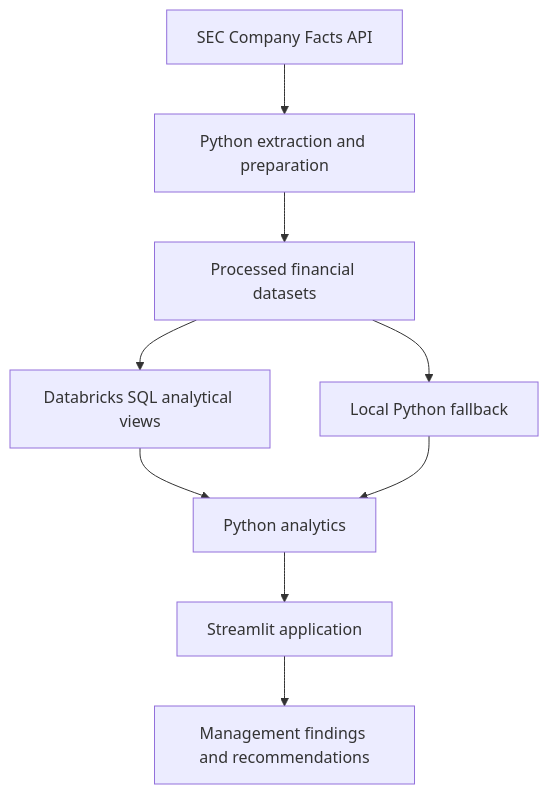
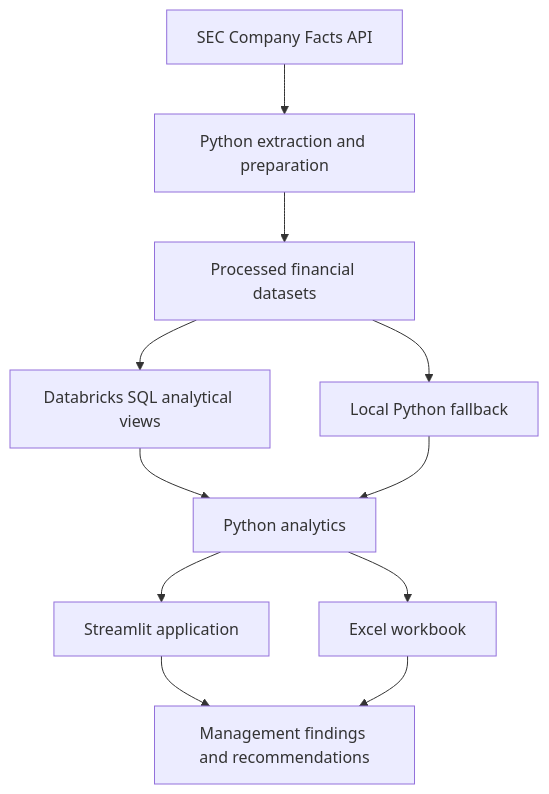
The diagram in README.md (treyparkes0/Business-Performance-Analytics-Platform), drawn with Mermaid before and after one commit. The commit also changed other lines of this file, not shown here.

First line of the commit message:
Describe the Excel workbook in the README.

````diff
--- a/README.md
+++ b/README.md
@@ -45,11 +46,13 @@
 ```mermaid
 flowchart TD
     A[SEC Company Facts API] --> B[Python extraction and preparation]
     B --> C[Processed financial datasets]
     C --> D[Databricks SQL analytical views]
     D --> E[Python analytics]
     C --> F[Local Python fallback]
     F --> E
     E --> G[Streamlit application]
+    E --> X[Excel workbook]
     G --> H[Management findings and recommendations]
+    X --> H
 ```
````
